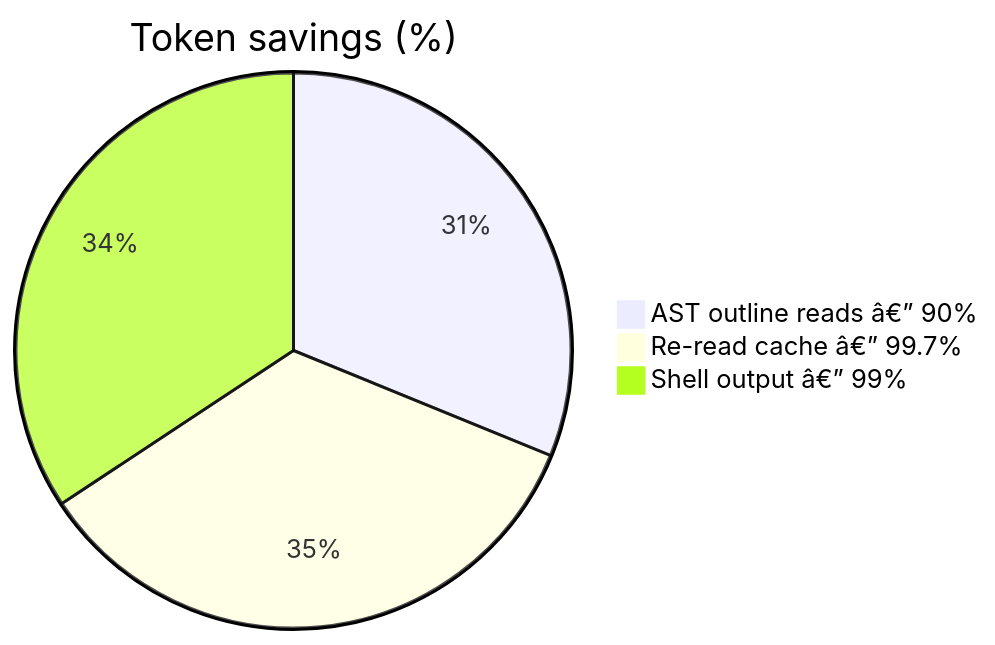
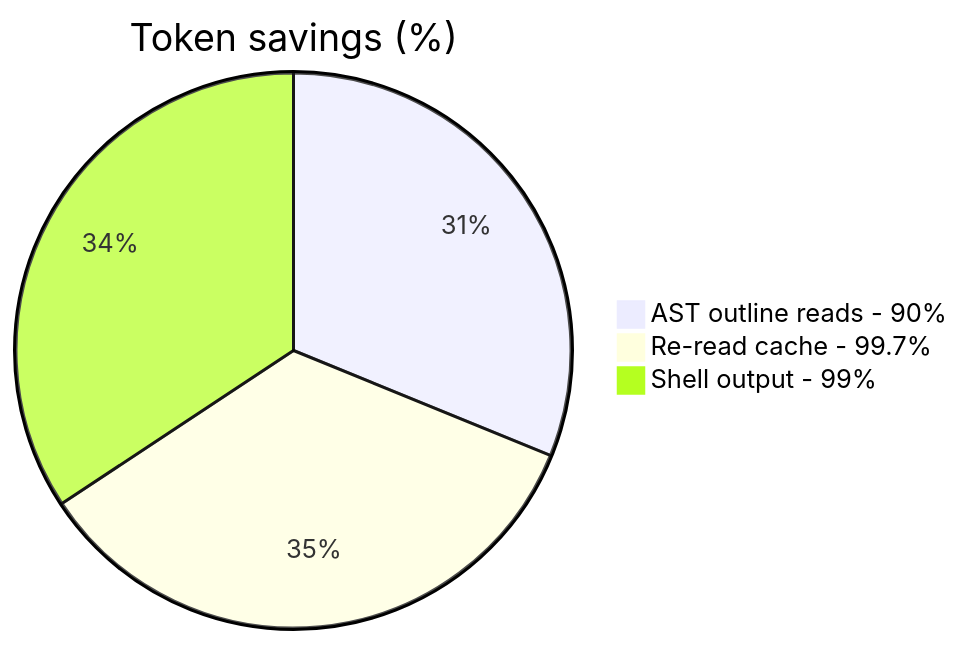
Before and after one commit to Vellixia/Cairn: the diagram in docs/BENCHMARKS.md, drawn with Mermaid. The commit also changed other lines of this file and 154 other files, not shown here.

````diff
--- a/docs/BENCHMARKS.md
+++ b/docs/BENCHMARKS.md
@@ -137,7 +137,7 @@
 ```mermaid
 %%{init: {"theme": "default"}}%%
 pie title Token savings (%)
-    "AST outline reads â€” 90%" : 90
-    "Re-read cache â€” 99.7%" : 99.7
-    "Shell output â€” 99%" : 99
+    "AST outline reads - 90%" : 90
+    "Re-read cache - 99.7%" : 99.7
+    "Shell output - 99%" : 99
 ```
````
